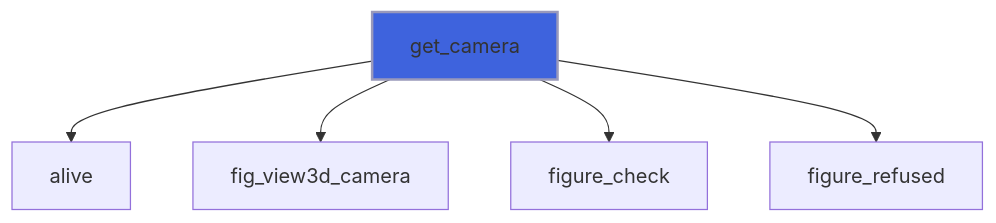
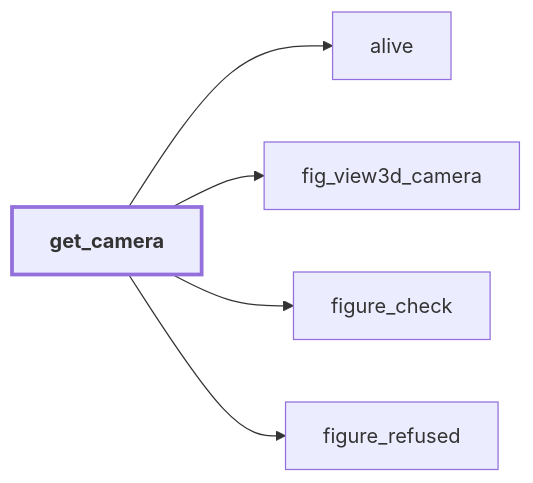
Before and after one commit to szaghi/figure: the ninth of 39 diagrams in docs/api/src/lib/figure_view3d.md, drawn with Mermaid. The commit also changed other lines of this file and 54 other files, not shown here.

````diff
--- a/docs/api/src/lib/figure_view3d.md
+++ b/docs/api/src/lib/figure_view3d.md
@@ -442,8 +511,13 @@
 ```mermaid
-flowchart TD
+flowchart LR
   get_camera["get_camera"] --> alive["alive"]
   get_camera["get_camera"] --> fig_view3d_camera["fig_view3d_camera"]
   get_camera["get_camera"] --> figure_check["figure_check"]
   get_camera["get_camera"] --> figure_refused["figure_refused"]
-  style get_camera fill:#3e63dd,stroke:#99b,stroke-width:2px
+  classDef focus stroke-width:3px,font-weight:bold
+  class get_camera focus
+  click figure_refused href "figure_base.html#figure-refused" "figure_refused"
+  click alive href "#alive" "alive"
+  click figure_check href "figure_base.html#figure-check" "figure_check"
+  click fig_view3d_camera href "#fig-view3d-camera" "fig_view3d_camera"
 ```
````
